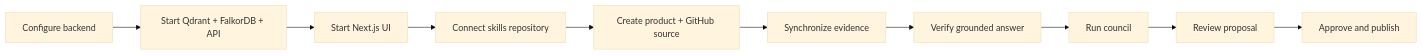
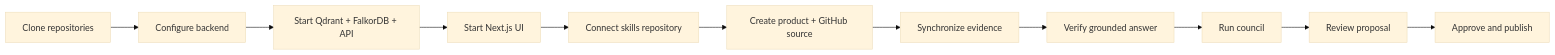
Before and after one commit to 0xaeres/anvay-docs: the first of 2 diagrams in content/docs/quickstart.mdx, drawn with Mermaid (base theme). The commit also changed other lines of this file and 1 other file, not shown here.

````diff
--- a/content/docs/quickstart.mdx
+++ b/content/docs/quickstart.mdx
@@ -16,12 +16,13 @@
 ```mermaid
 flowchart LR
-  Clone["Configure backend"] --> Services["Start Qdrant + FalkorDB + API"]
+  Clone["Clone repositories"] --> Config["Configure backend"]
+  Config --> Services["Start Qdrant + FalkorDB + API"]
   Services --> UI["Start Next.js UI"]
   UI --> Setup["Connect skills repository"]
   Setup --> Product["Create product + GitHub source"]
   Product --> Sync["Synchronize evidence"]
   Sync --> Ask["Verify grounded answer"]
   Ask --> Council["Run council"]
   Council --> Review["Review proposal"]
   Review --> Approve["Approve and publish"]
 ```
````
